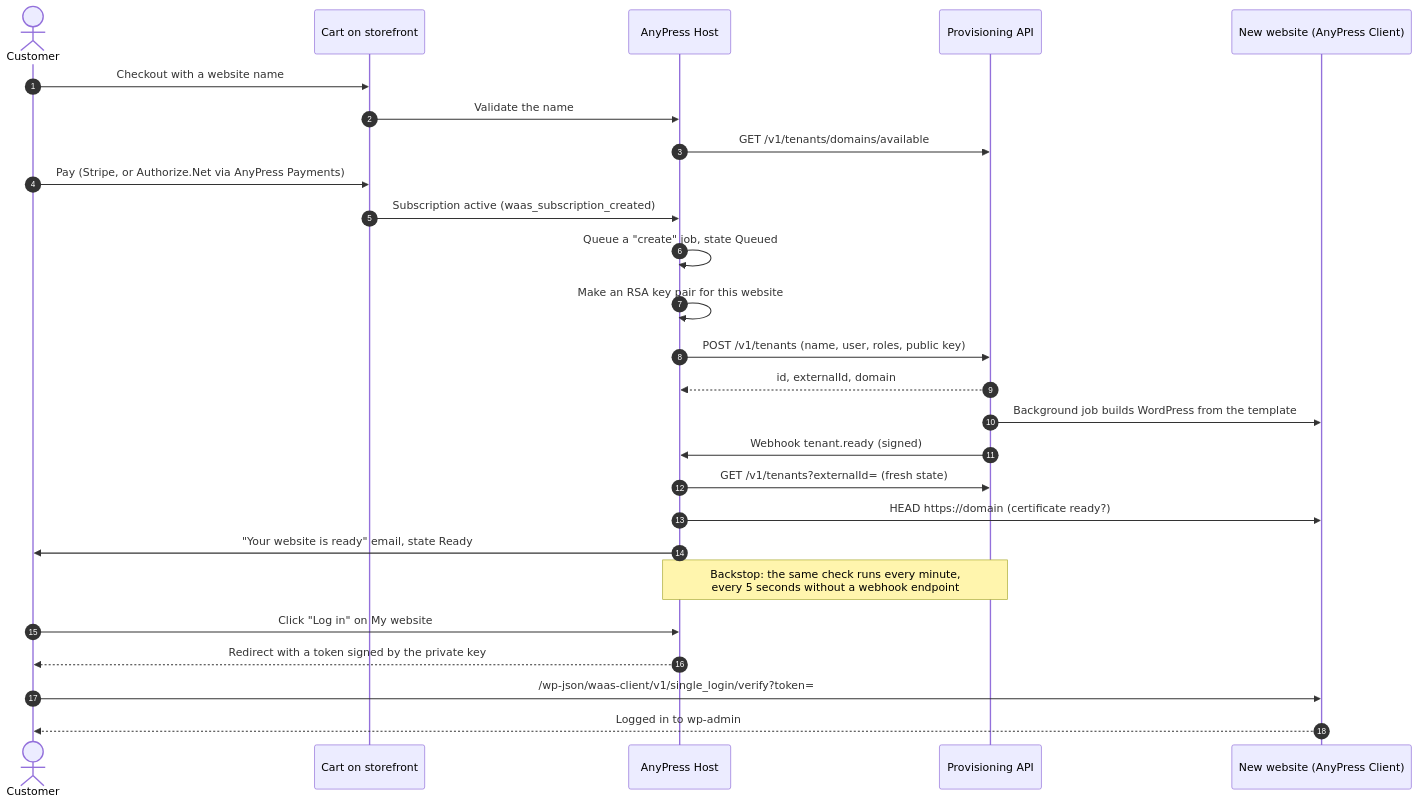
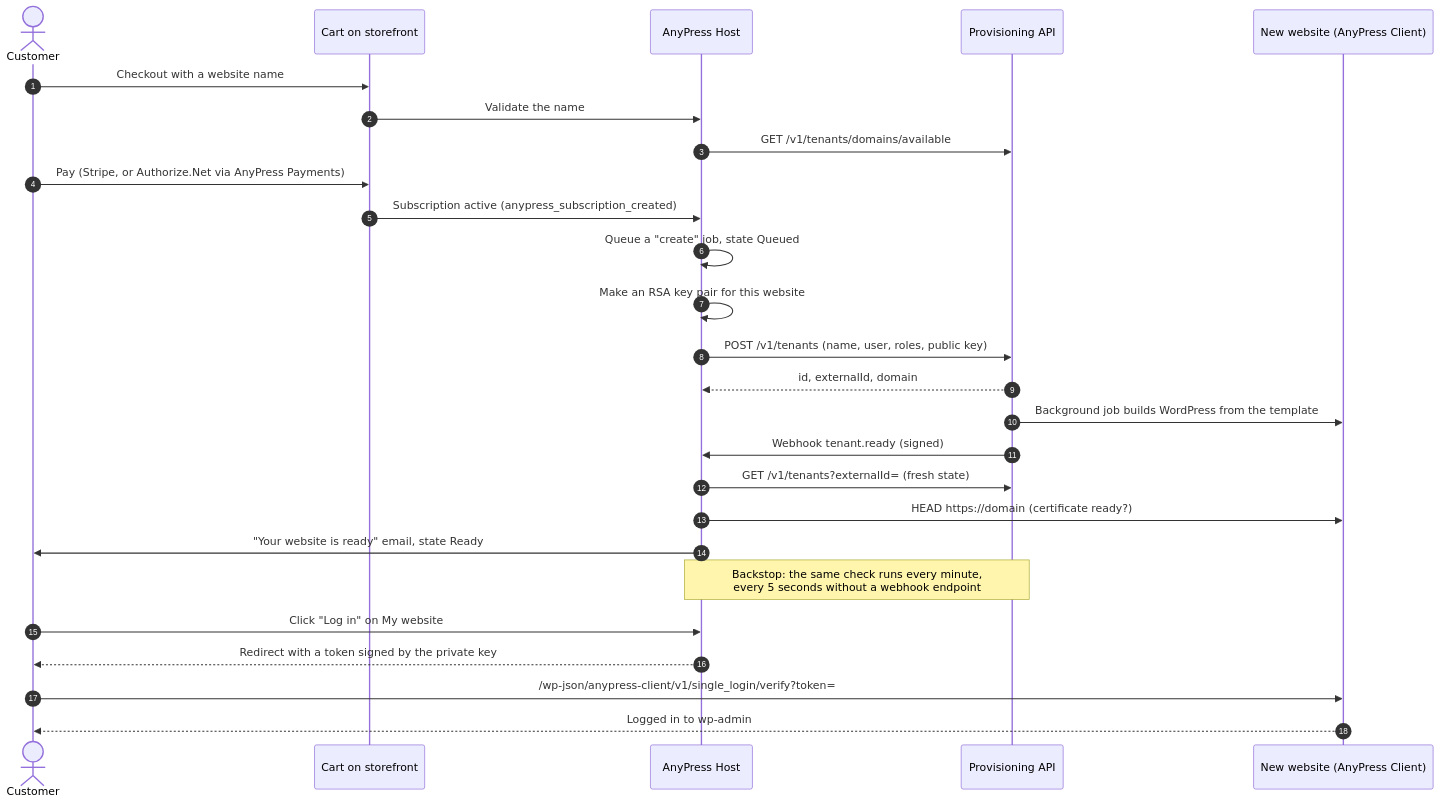
One commit to hamchowderr/waas-plugins changed the second of 5 diagrams in docs/architecture/README.md. Above: the diagram before and after it, drawn with Mermaid. The commit also changed other lines of this file and 645 other files, not shown here.

````diff
--- a/docs/architecture/README.md
+++ b/docs/architecture/README.md
@@ -71,29 +71,29 @@
 ```mermaid
 sequenceDiagram
   autonumber
   actor C as Customer
   participant CART as Cart on storefront
   participant HOST as AnyPress Host
   participant API as Provisioning API
   participant ST as New website (AnyPress Client)
 
   C->>CART: Checkout with a website name
   CART->>HOST: Validate the name
   HOST->>API: GET /v1/tenants/domains/available
   C->>CART: Pay (Stripe, or Authorize.Net via AnyPress Payments)
-  CART->>HOST: Subscription active (waas_subscription_created)
+  CART->>HOST: Subscription active (anypress_subscription_created)
   HOST->>HOST: Queue a "create" job, state Queued
   HOST->>HOST: Make an RSA key pair for this website
   HOST->>API: POST /v1/tenants (name, user, roles, public key)
   API-->>HOST: id, externalId, domain
   API->>ST: Background job builds WordPress from the template
   API->>HOST: Webhook tenant.ready (signed)
   HOST->>API: GET /v1/tenants?externalId= (fresh state)
   HOST->>ST: HEAD https://domain (certificate ready?)
   HOST->>C: "Your website is ready" email, state Ready
   Note over HOST,API: Backstop: the same check runs every minute,<br/>every 5 seconds without a webhook endpoint
   C->>HOST: Click "Log in" on My website
   HOST-->>C: Redirect with a token signed by the private key
-  C->>ST: /wp-json/waas-client/v1/single_login/verify?token=
+  C->>ST: /wp-json/anypress-client/v1/single_login/verify?token=
   ST-->>C: Logged in to wp-admin
 ```
````
